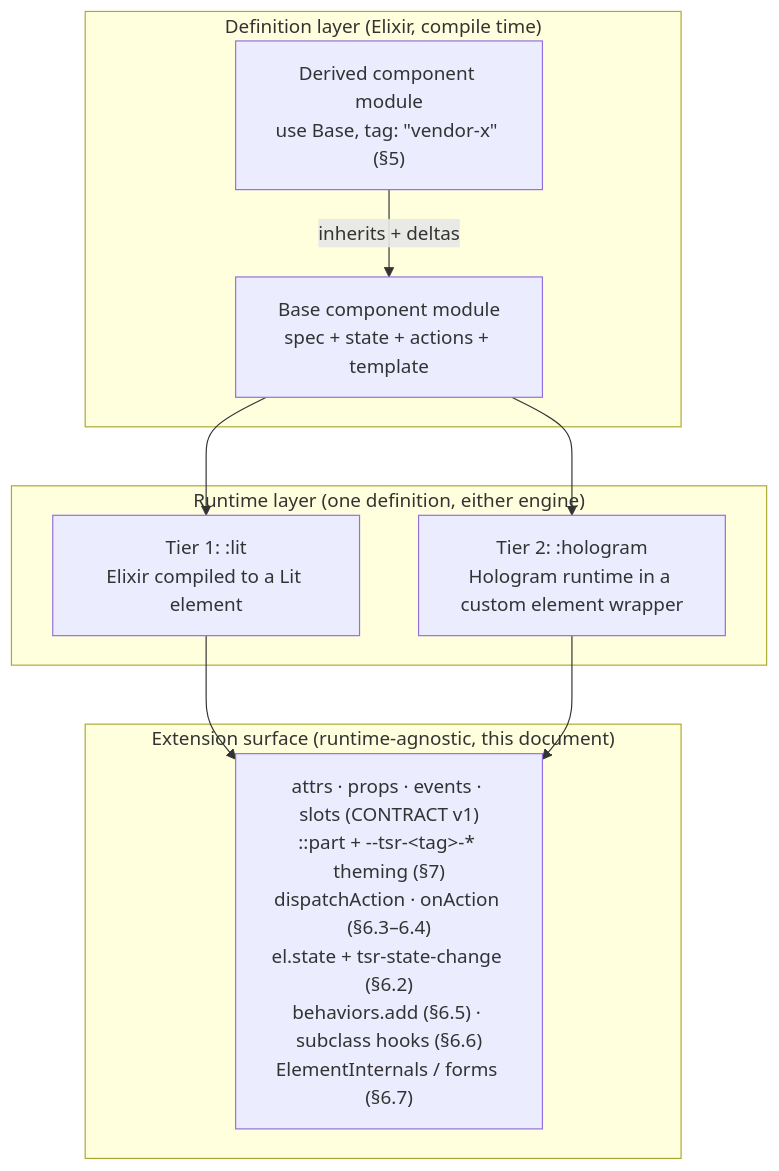
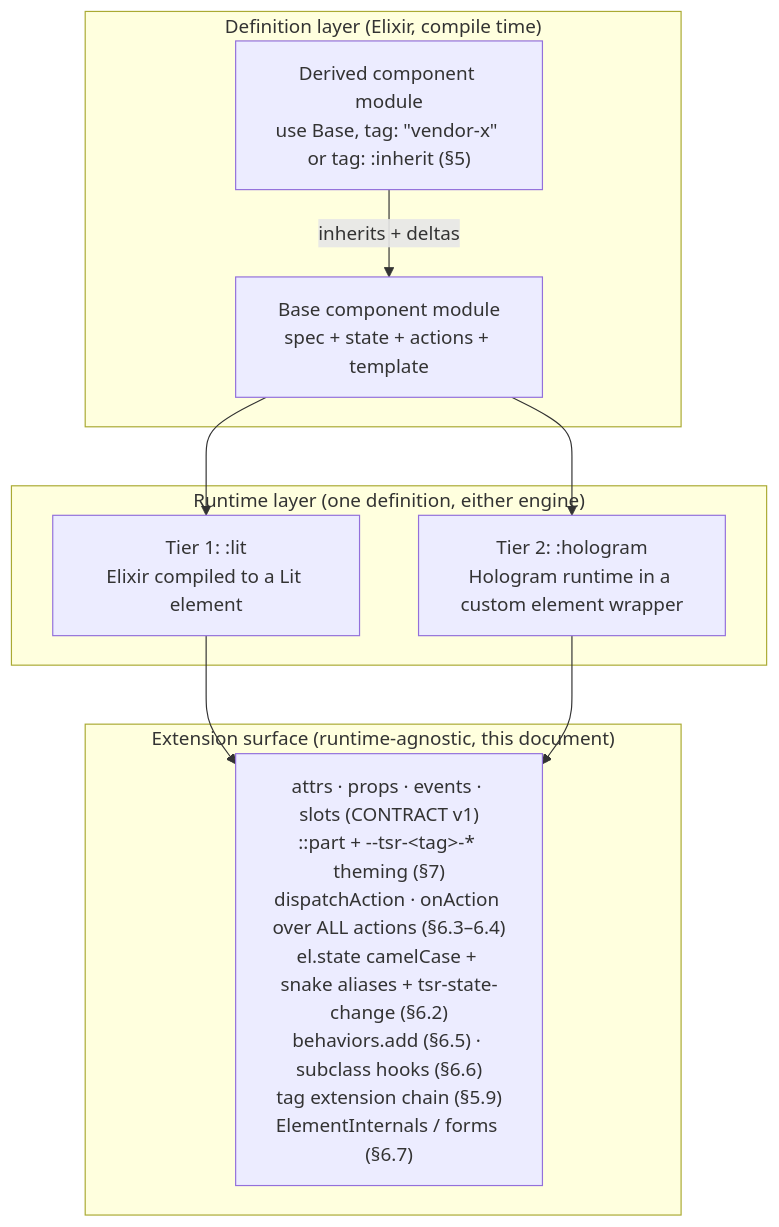
The diagram in docs/EXTENSION-CONTRACT.md (the-robot-lives/tessera), drawn with Mermaid before and after one commit. The commit also changed other lines of this file, not shown here.

Commit message:
docs: EXTENSION-CONTRACT v0.1 — tag extension-takeover, open actions, camelCase state w/ snake aliases

````diff
--- a/docs/EXTENSION-CONTRACT.md
+++ b/docs/EXTENSION-CONTRACT.md
@@ -41,19 +52,19 @@
 ```mermaid
 graph TD
     subgraph definition["Definition layer (Elixir, compile time)"]
         BASE["Base component module<br/>spec + state + actions + template"]
-        DERIVED["Derived component module<br/>use Base, tag: &quot;vendor-x&quot; (§5)"]
+        DERIVED["Derived component module<br/>use Base, tag: &quot;vendor-x&quot; or tag: :inherit (§5)"]
         DERIVED -->|inherits + deltas| BASE
     end
     subgraph runtime["Runtime layer (one definition, either engine)"]
         T1["Tier 1: :lit<br/>Elixir compiled to a Lit element"]
         T2["Tier 2: :hologram<br/>Hologram runtime in a custom element wrapper"]
     end
     subgraph surface["Extension surface (runtime-agnostic, this document)"]
-        S["attrs · props · events · slots (CONTRACT v1)<br/>::part + --tsr-&lt;tag&gt;-* theming (§7)<br/>dispatchAction · onAction (§6.3–6.4)<br/>el.state + tsr-state-change (§6.2)<br/>behaviors.add (§6.5) · subclass hooks (§6.6)<br/>ElementInternals / forms (§6.7)"]
+        S["attrs · props · events · slots (CONTRACT v1)<br/>::part + --tsr-&lt;tag&gt;-* theming (§7)<br/>dispatchAction · onAction over ALL actions (§6.3–6.4)<br/>el.state camelCase + snake aliases + tsr-state-change (§6.2)<br/>behaviors.add (§6.5) · subclass hooks (§6.6)<br/>tag extension chain (§5.9)<br/>ElementInternals / forms (§6.7)"]
     end
     BASE --> T1
     BASE --> T2
     T1 --> S
     T2 --> S
 ```
````
